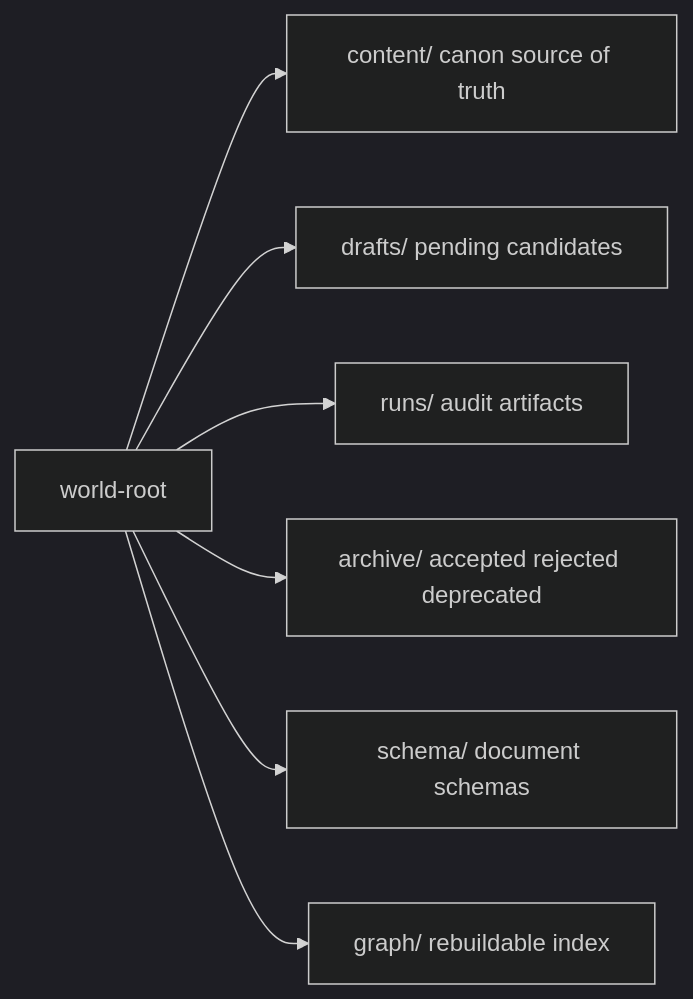
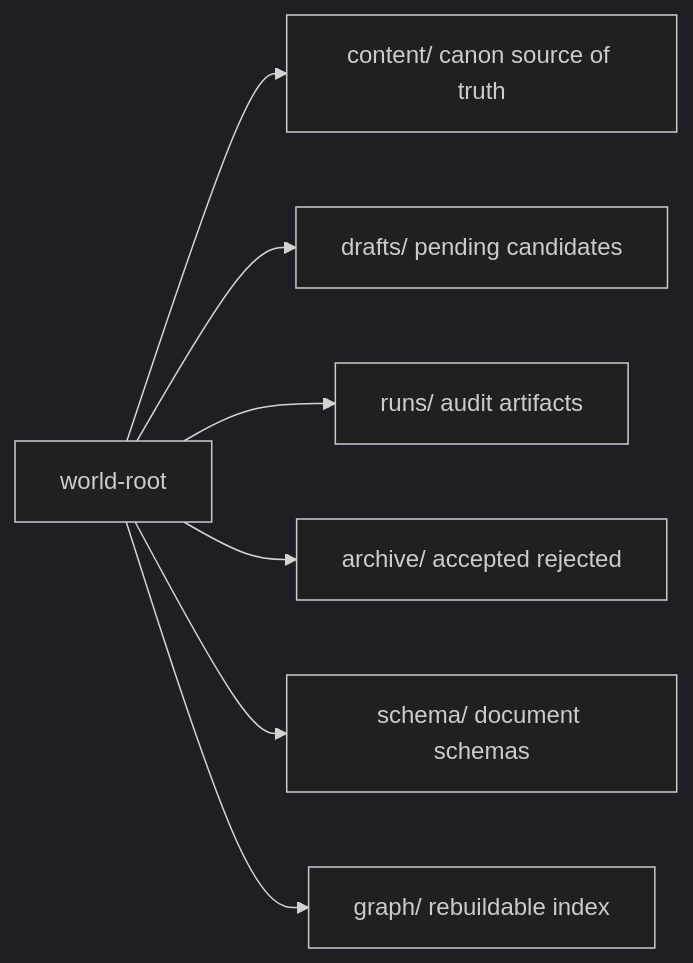
Before and after one commit to hoonzinope/world-building-harness: the second of 5 diagrams in docs/system-design.md, drawn with Mermaid (dark theme). The commit also changed other lines of this file and 12 other files, not shown here.

````diff
--- a/docs/system-design.md
+++ b/docs/system-design.md
@@ -63,9 +64,9 @@
 ```mermaid
 flowchart LR
     WR["world-root"] --> C["content/ canon source of truth"]
     WR --> D["drafts/ pending candidates"]
     WR --> R["runs/ audit artifacts"]
-    WR --> A["archive/ accepted rejected deprecated"]
+    WR --> A["archive/ accepted rejected"]
     WR --> S["schema/ document schemas"]
     WR --> G["graph/ rebuildable index"]
 ```
````
